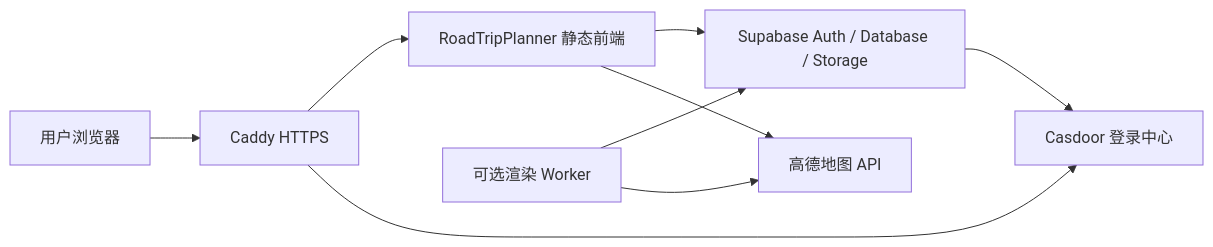
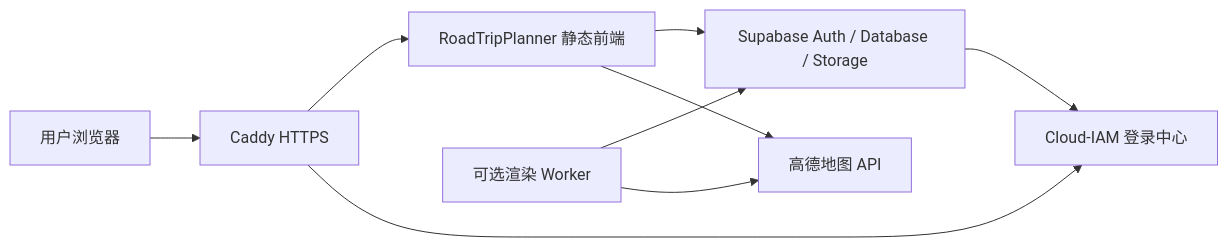
One commit to claudemt/RoadTripPlanner changed the diagram in docs/deployment_manual.md. Above: the diagram before and after it, drawn with Mermaid. The commit also changed other lines of this file and 9 other files, not shown here.

Commit message:
feat: switch auth to cloud-iam

````diff
--- a/docs/deployment_manual.md
+++ b/docs/deployment_manual.md
@@ -16,11 +16,11 @@
 ```mermaid
 flowchart LR
     User["用户浏览器"] --> Caddy["Caddy HTTPS"]
     Caddy --> Web["RoadTripPlanner 静态前端"]
-    Caddy --> Casdoor["Casdoor 登录中心"]
+    Caddy --> Identity["Cloud-IAM 登录中心"]
     Web --> Supabase["Supabase Auth / Database / Storage"]
-    Supabase --> Casdoor
+    Supabase --> Identity
     Worker["可选渲染 Worker"] --> Supabase
     Worker --> AMap["高德地图 API"]
     Web --> AMap
 ```
````
